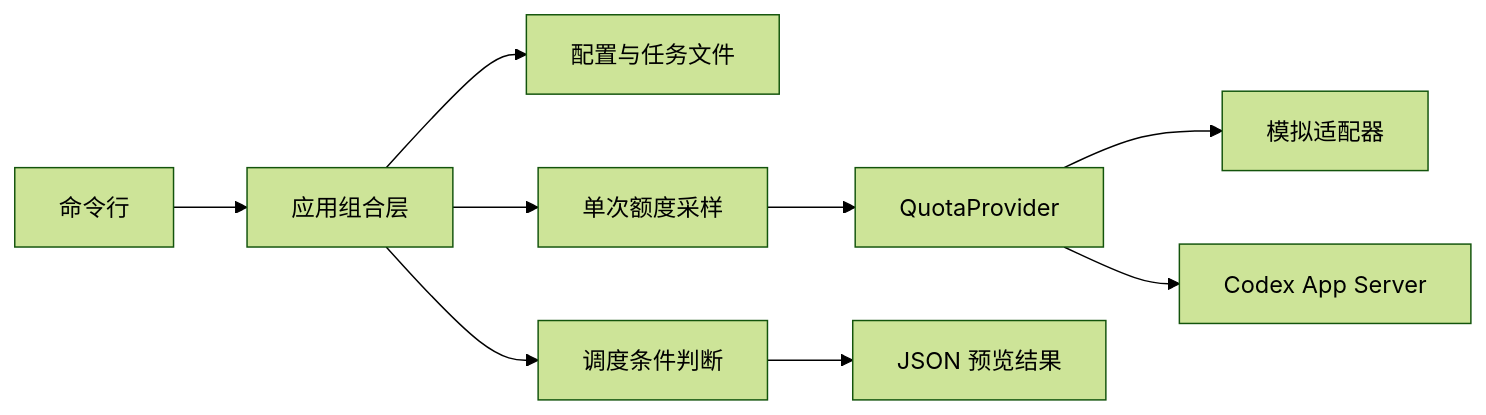
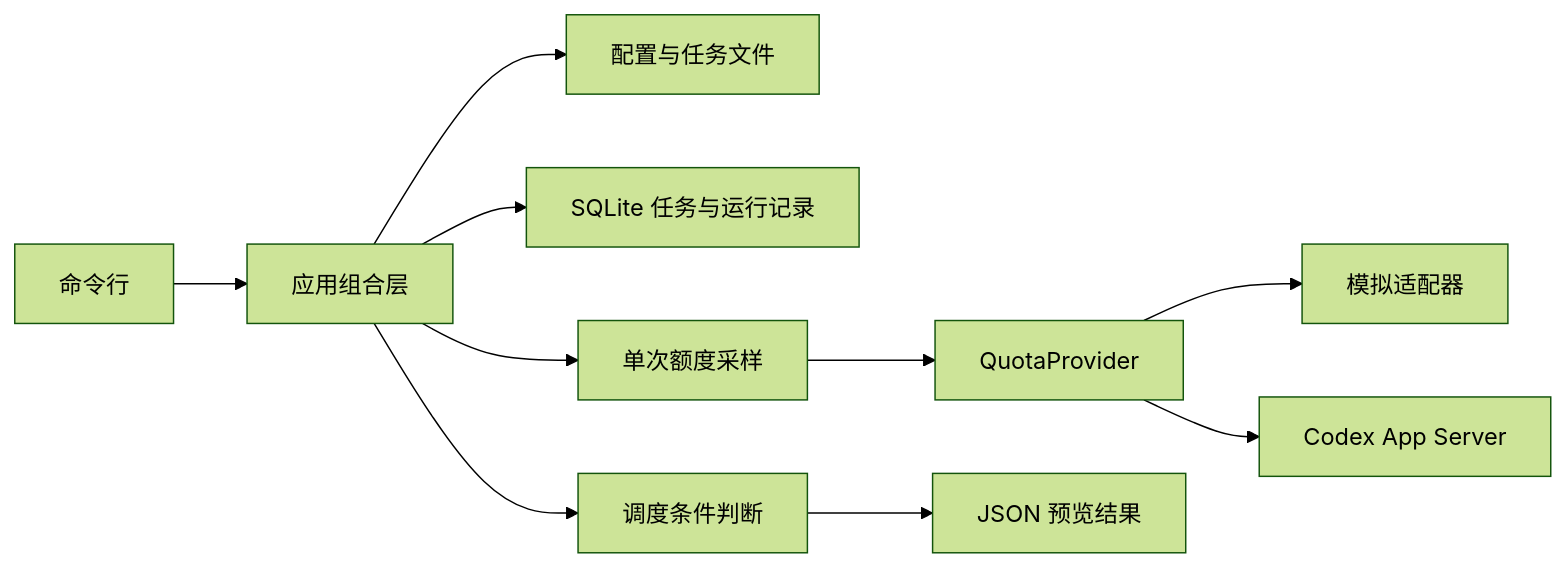
The diagram in docs/ARCHITECTURE.md (AiruoChen/codex-quota-scheduler), drawn with Mermaid (forest theme) before and after one commit. The commit also changed other lines of this file and 27 other files, not shown here.

````diff
--- a/docs/ARCHITECTURE.md
+++ b/docs/ARCHITECTURE.md
@@ -10,11 +10,12 @@
 ```mermaid
 flowchart LR
   CLI[命令行] --> App[应用组合层]
   App --> Config[配置与任务文件]
+  App --> Store[SQLite 任务与运行记录]
   App --> Monitor[单次额度采样]
   Monitor --> Provider[QuotaProvider]
   Provider --> Mock[模拟适配器]
   Provider --> Codex[Codex App Server]
   App --> Policy[调度条件判断]
   Policy --> Preview[JSON 预览结果]
 ```
````
